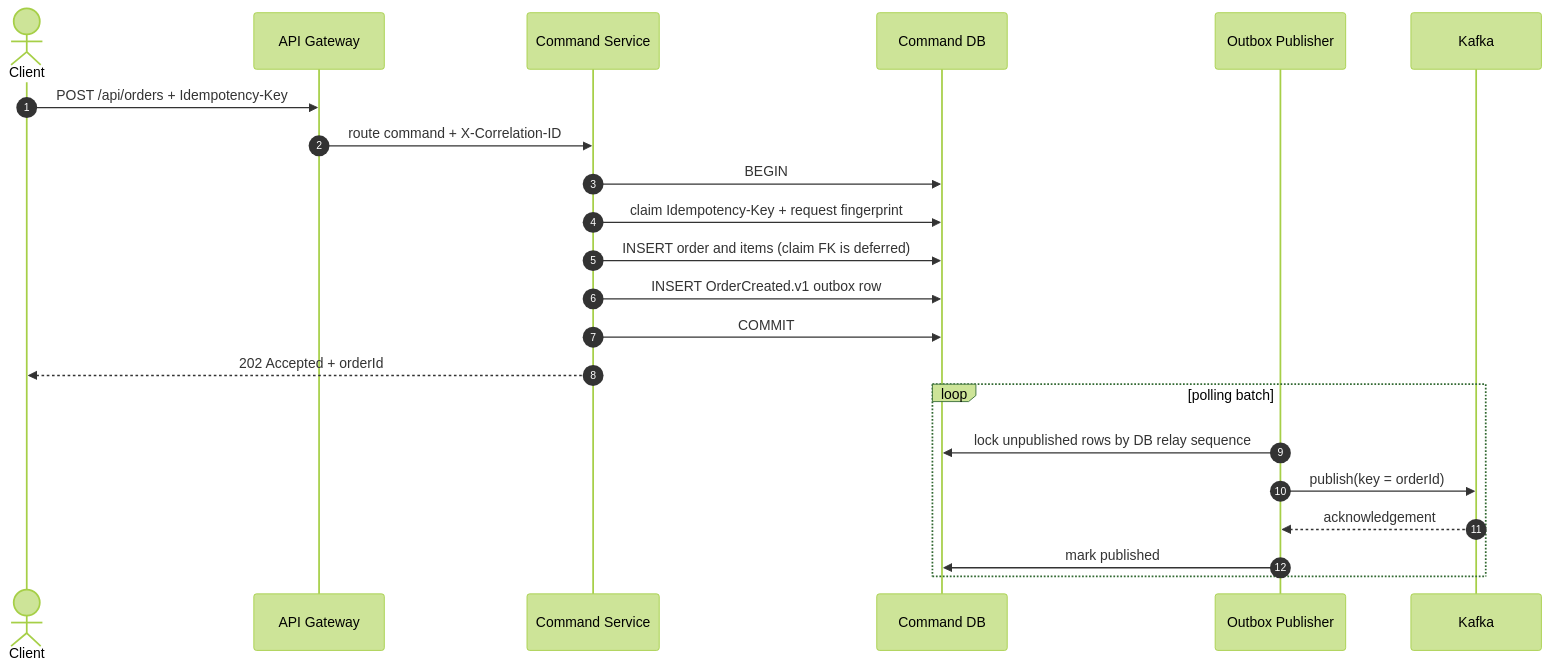
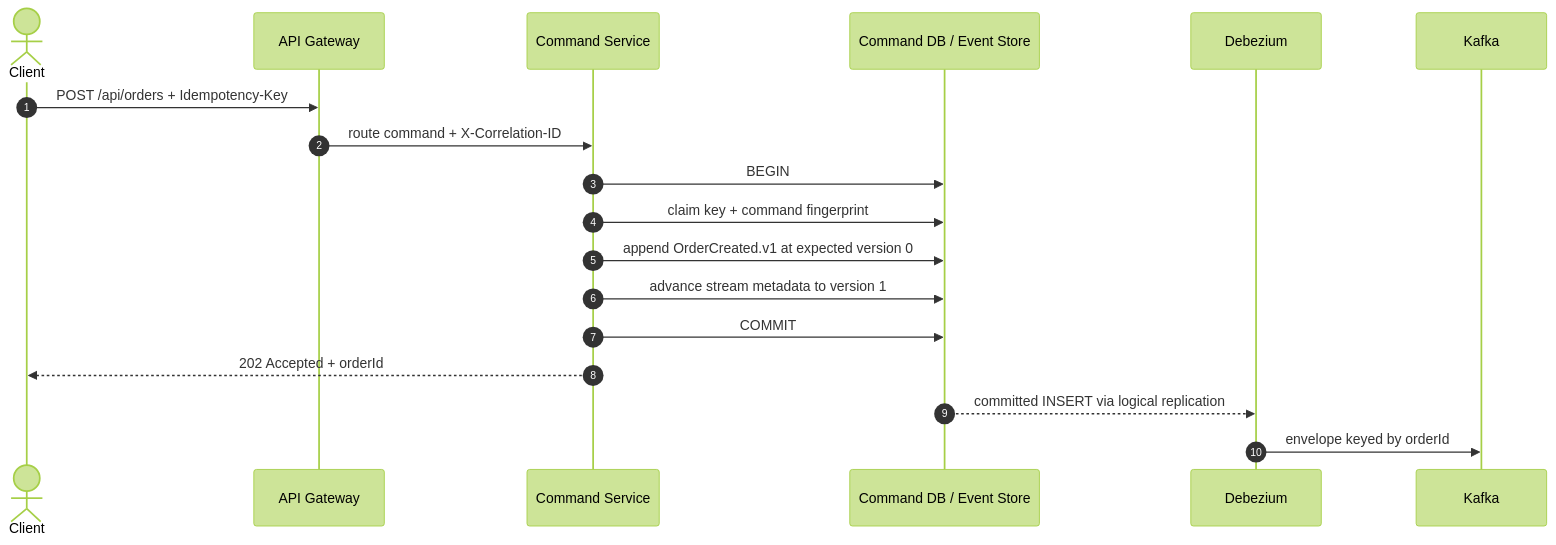
The first of 2 diagrams in docs/architecture.md (karacsonybarni/event-sourced-cqrs-microservices), drawn with Mermaid (forest theme) before and after one commit. The commit also changed other lines of this file and 42 other files, not shown here.

Commit message:
feat: adopt event sourcing with Debezium CDC

````diff
--- a/docs/architecture.md
+++ b/docs/architecture.md
@@ -11,25 +11,21 @@
 ```mermaid
 sequenceDiagram
     autonumber
     actor Client
     participant G as API Gateway
     participant C as Command Service
-    participant CD as Command DB
-    participant O as Outbox Publisher
+    participant ES as Command DB / Event Store
+    participant D as Debezium
     participant K as Kafka
 
     Client->>G: POST /api/orders + Idempotency-Key
     G->>C: route command + X-Correlation-ID
-    C->>CD: BEGIN
-    C->>CD: claim Idempotency-Key + request fingerprint
-    C->>CD: INSERT order and items (claim FK is deferred)
-    C->>CD: INSERT OrderCreated.v1 outbox row
-    C->>CD: COMMIT
+    C->>ES: BEGIN
+    C->>ES: claim key + command fingerprint
+    C->>ES: append OrderCreated.v1 at expected version 0
+    C->>ES: advance stream metadata to version 1
+    C->>ES: COMMIT
     C-->>Client: 202 Accepted + orderId
-    loop polling batch
-        O->>CD: lock unpublished rows by DB relay sequence
-        O->>K: publish(key = orderId)
-        K-->>O: acknowledgement
-        O->>CD: mark published
-    end
+    ES-->>D: committed INSERT via logical replication
+    D->>K: envelope keyed by orderId
 ```
````
